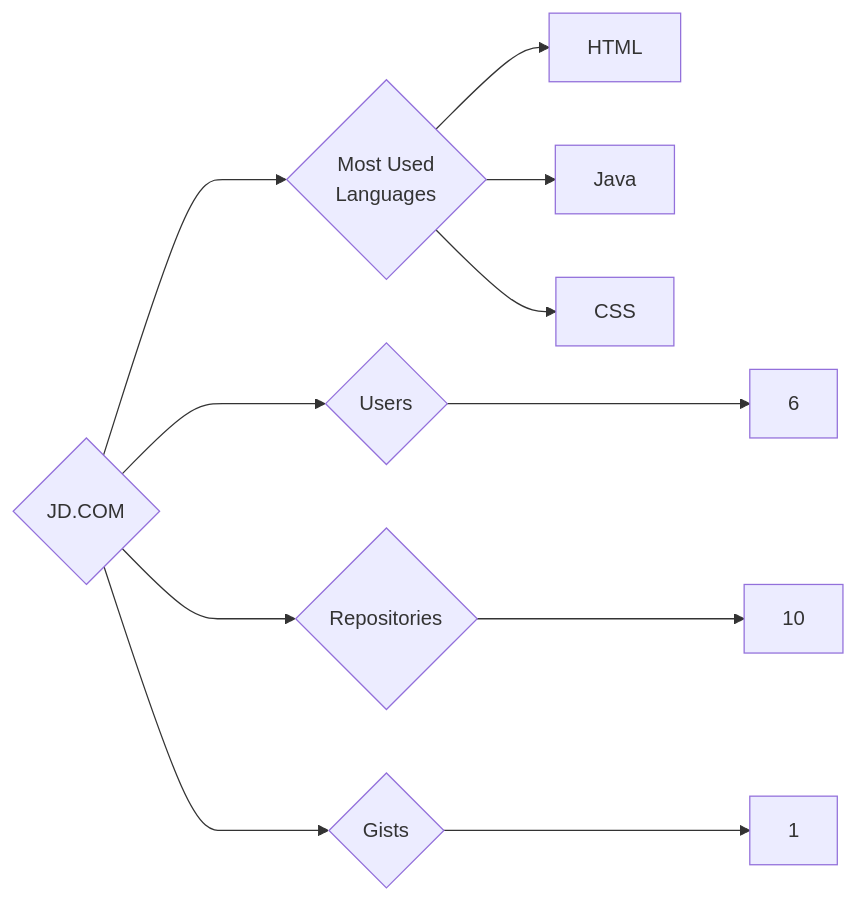
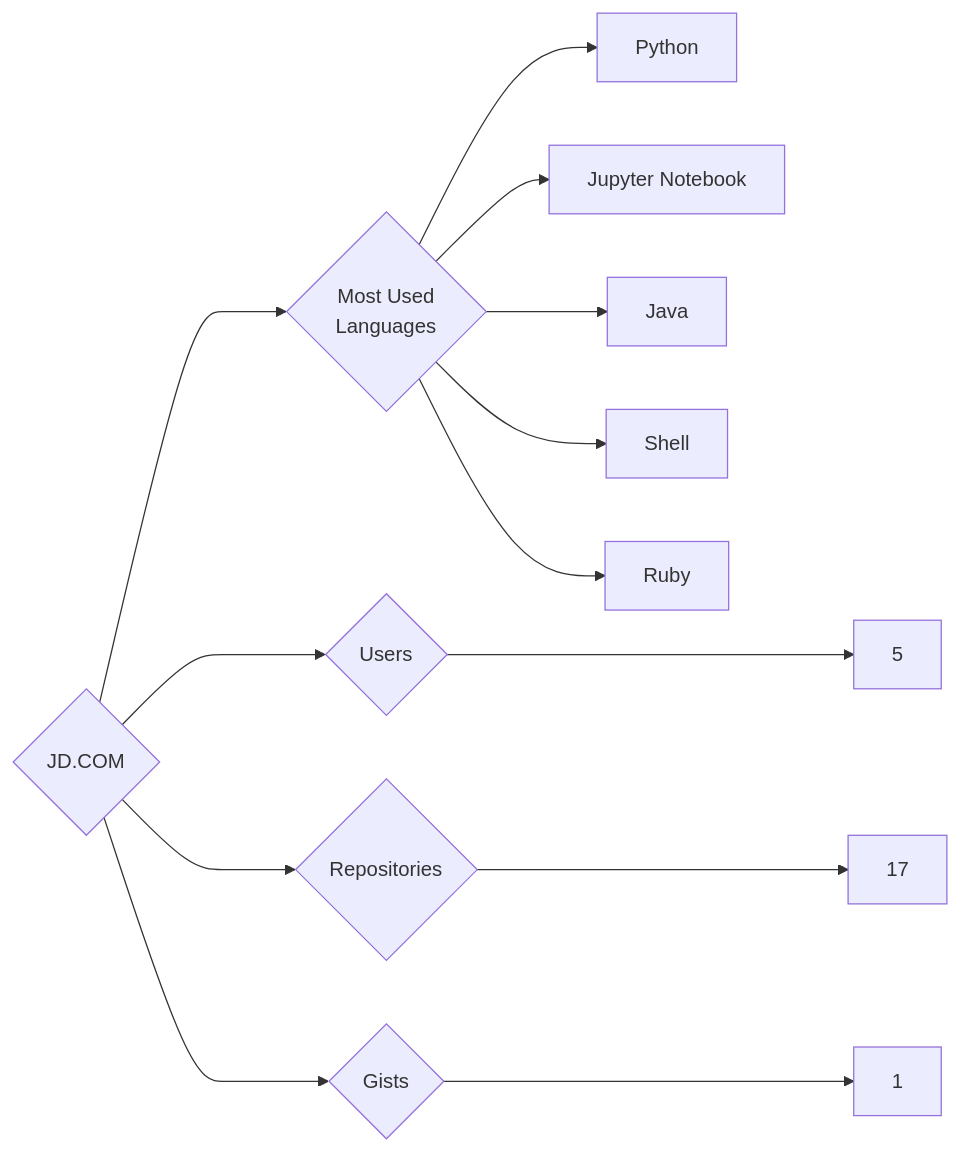
One commit to trickest/insiders changed the diagram in targets/JD.COM/README.md. Above: the diagram before and after it, drawn with Mermaid. The commit also changed 676 other files, not shown here.

````diff
--- a/targets/JD.COM/README.md
+++ b/targets/JD.COM/README.md
@@ -3,11 +3,13 @@
 ```mermaid
 graph LR
 COMPANY_NAME{JD.COM}
-COMPANY_NAME ---> U{Users} ---> UN[6]
-COMPANY_NAME ---> R{Repositories} ---> RN[10]
+COMPANY_NAME ---> U{Users} ---> UN[5]
+COMPANY_NAME ---> R{Repositories} ---> RN[17]
 COMPANY_NAME ---> G{Gists} ---> GN[1]
 COMPANY_NAME ---> ML{Most Used<br>Languages}
-ML --> HTML[HTML]
+ML --> Python[Python]
+ML --> Jupyter_Notebook[Jupyter Notebook]
 ML --> Java[Java]
-ML --> CSS[CSS]
+ML --> Shell[Shell]
+ML --> Ruby[Ruby]
 ```
````
